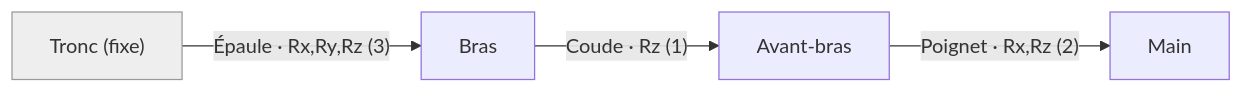
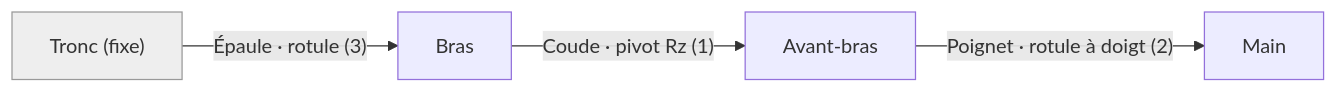
The third of 3 diagrams in docs/cinematique.md (ProjectInitNiko/PRBE-Homme-Robot), drawn with Mermaid before and after one commit. The commit also changed other lines of this file, not shown here.

````diff
--- a/docs/cinematique.md
+++ b/docs/cinematique.md
@@ -267,7 +273,7 @@
 ```mermaid
 flowchart LR
-    T["Tronc (fixe)"]:::root -->|"Épaule · Rx,Ry,Rz (3)"| U["Bras"]
-    U -->|"Coude · Rz (1)"| F["Avant-bras"]
-    F -->|"Poignet · Rx,Rz (2)"| H["Main"]
+    T["Tronc (fixe)"]:::root -->|"Épaule · rotule (3)"| U["Bras"]
+    U -->|"Coude · pivot Rz (1)"| F["Avant-bras"]
+    F -->|"Poignet · rotule à doigt (2)"| H["Main"]
     classDef root fill:#eeeeee,stroke:#999999;
 ```
````
